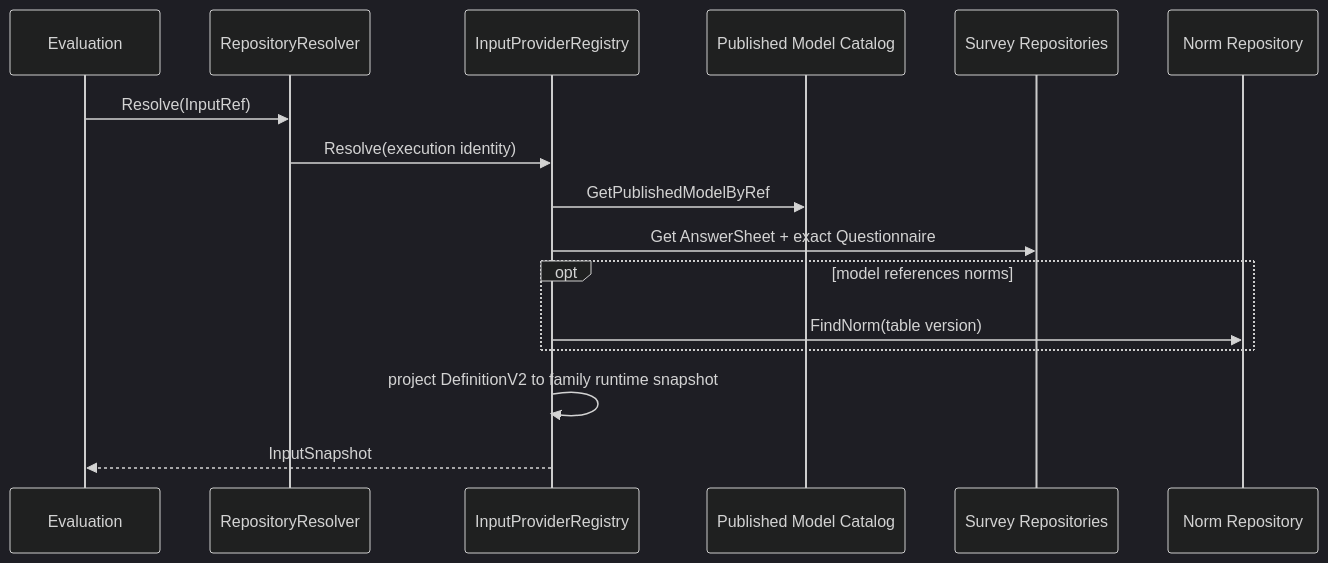
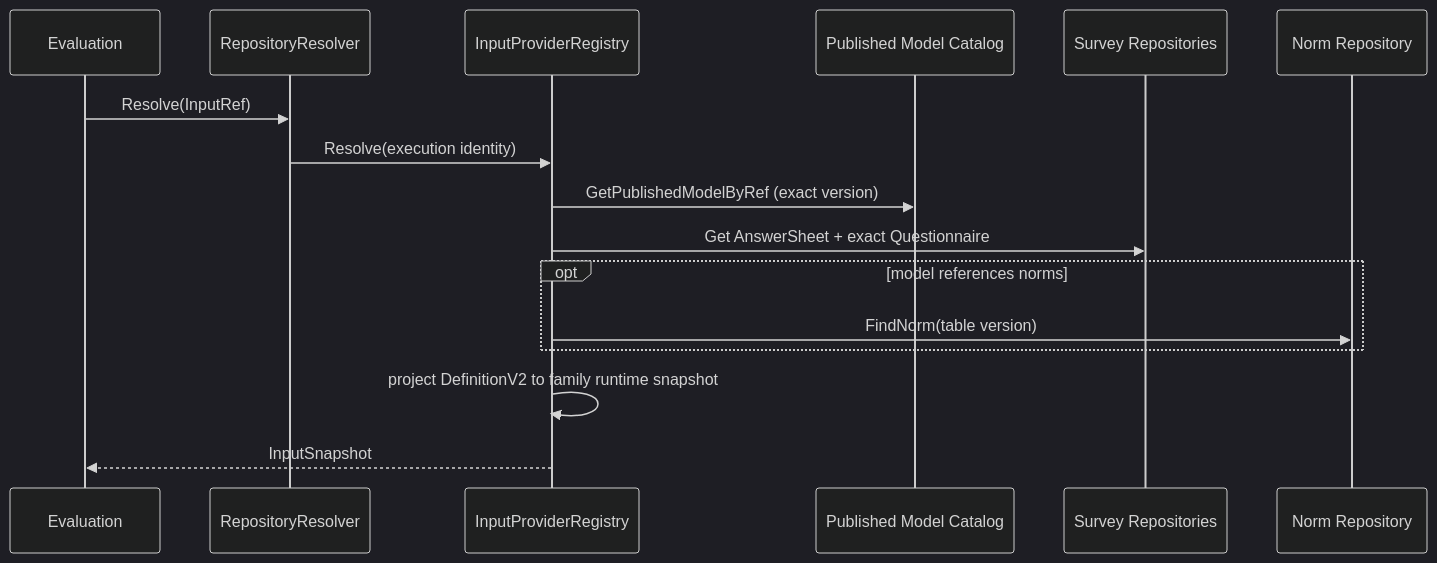
The second of 2 diagrams in docs/02-业务模块/20-model-catalog/31-关键链路-已发布模型解析与消费.md (FangcunMount/qs-server), drawn with Mermaid (dark theme) before and after one commit. The commit also changed other lines of this file and 75 other files, not shown here.

````diff
--- a/docs/02-业务模块/20-model-catalog/31-关键链路-已发布模型解析与消费.md
+++ b/docs/02-业务模块/20-model-catalog/31-关键链路-已发布模型解析与消费.md
@@ -68,19 +69,19 @@
 ```mermaid
 sequenceDiagram
     participant E as Evaluation
     participant R as RepositoryResolver
     participant G as InputProviderRegistry
     participant M as Published Model Catalog
     participant S as Survey Repositories
     participant N as Norm Repository
 
     E->>R: Resolve(InputRef)
     R->>G: Resolve(execution identity)
-    G->>M: GetPublishedModelByRef
+    G->>M: GetPublishedModelByRef (exact version)
     G->>S: Get AnswerSheet + exact Questionnaire
     opt model references norms
         G->>N: FindNorm(table version)
     end
     G->>G: project DefinitionV2 to family runtime snapshot
     G-->>E: InputSnapshot
 ```
````
